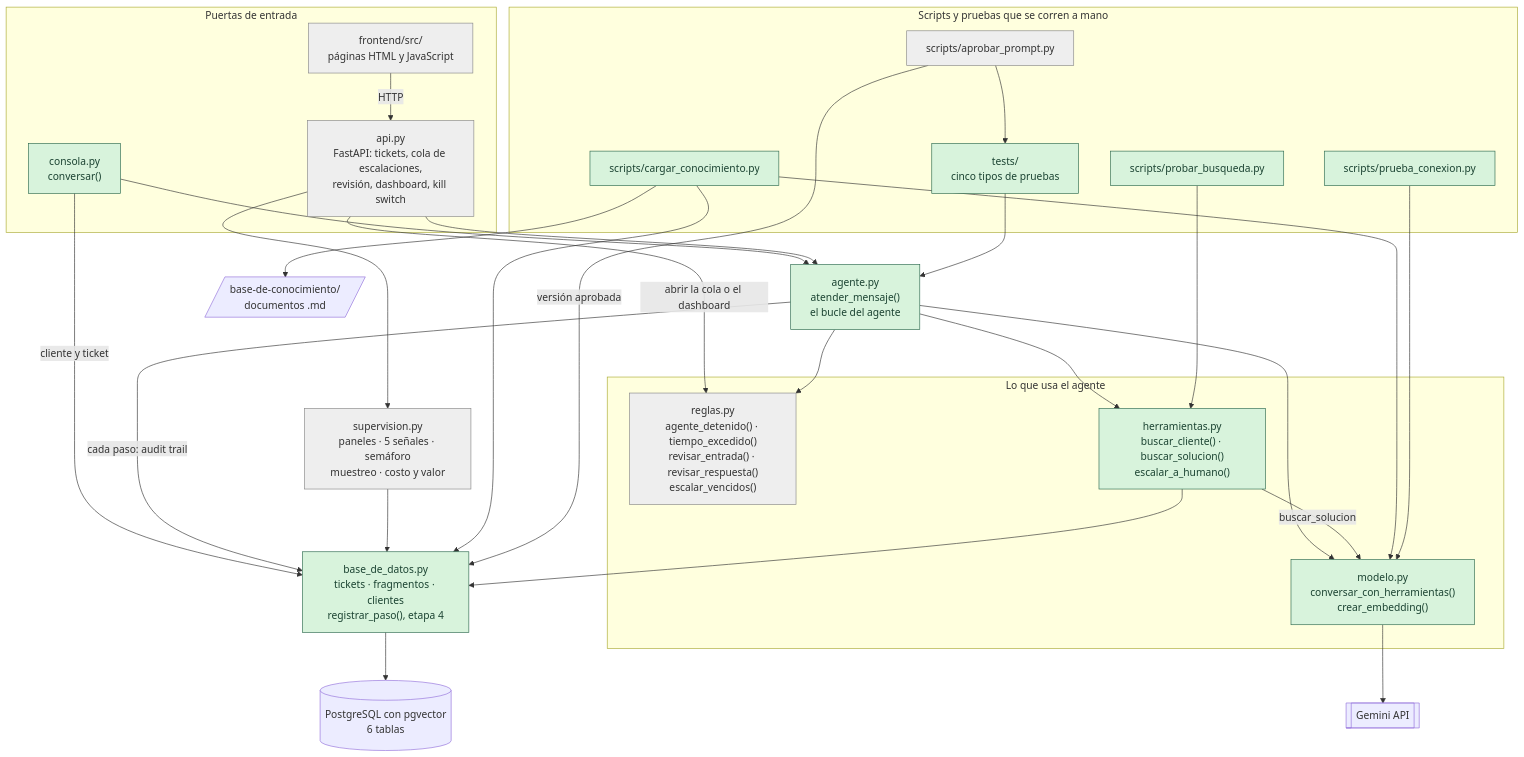
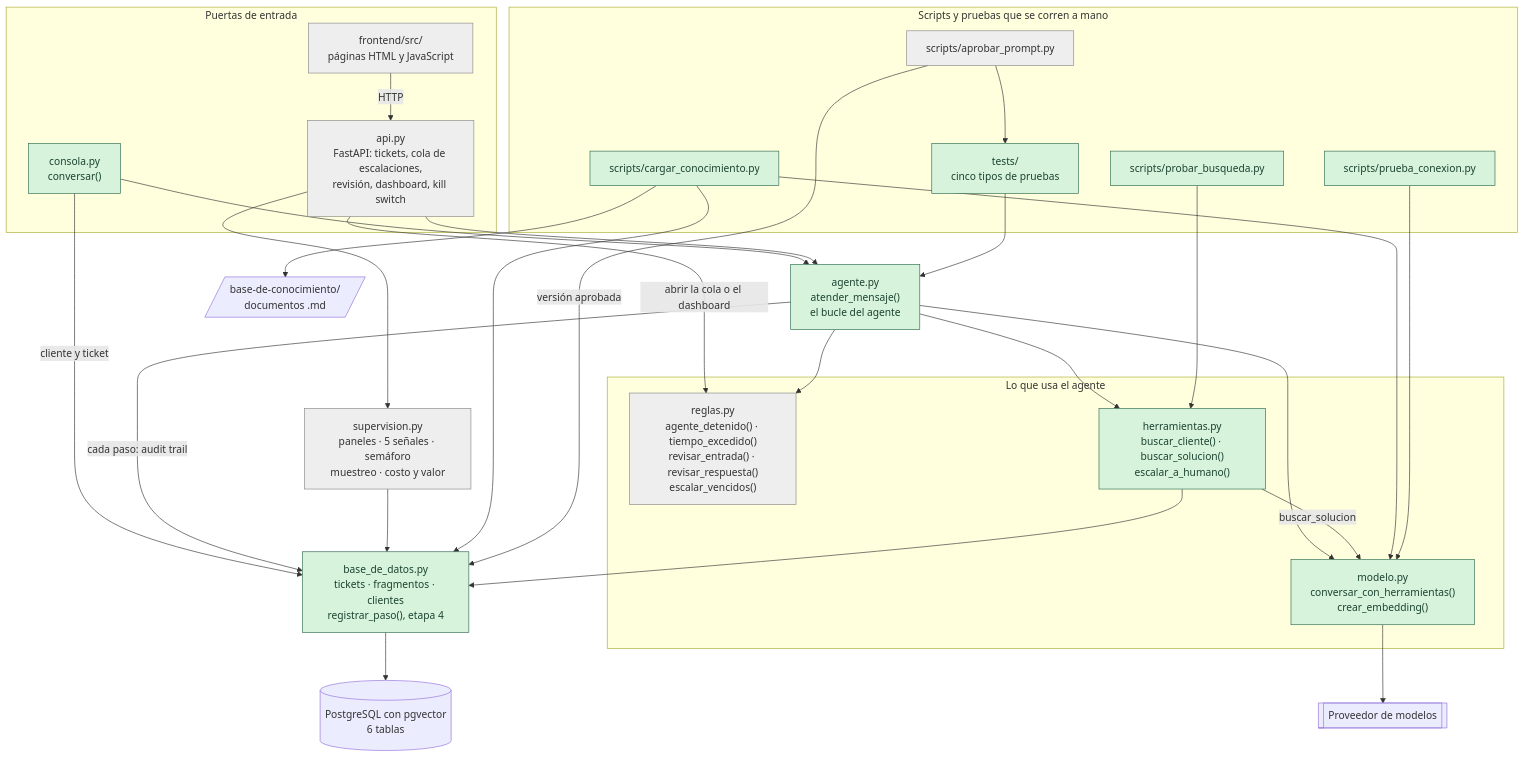
The third of 5 diagrams in estudio/proyecto-agente/agente-soporte-n1/docs/diagramas-del-codigo.md (edgardo001/ai-agent-manager-estudio-aiam-certiprof-studio), drawn with Mermaid before and after one commit. The commit also changed other lines of this file and 15 other files, not shown here.

````diff
--- a/estudio/proyecto-agente/agente-soporte-n1/docs/diagramas-del-codigo.md
+++ b/estudio/proyecto-agente/agente-soporte-n1/docs/diagramas-del-codigo.md
@@ -134,60 +134,60 @@
 ```mermaid
 flowchart TD
     subgraph ENTRADAS["Puertas de entrada"]
         CON["consola.py<br/>conversar()"]
         API["api.py<br/>FastAPI: tickets, cola de escalaciones,<br/>revisión, dashboard, kill switch"]
         FRONT["frontend/src/<br/>páginas HTML y JavaScript"]
     end
 
     AGE["agente.py<br/>atender_mensaje()<br/>el bucle del agente"]
 
     subgraph PIEZAS["Lo que usa el agente"]
         REG["reglas.py<br/>agente_detenido() · tiempo_excedido()<br/>revisar_entrada() · revisar_respuesta()<br/>escalar_vencidos()"]
         HER["herramientas.py<br/>buscar_cliente() · buscar_solucion()<br/>escalar_a_humano()"]
         MOD["modelo.py<br/>conversar_con_herramientas()<br/>crear_embedding()"]
     end
 
     SUP["supervision.py<br/>paneles · 5 señales · semáforo<br/>muestreo · costo y valor"]
     BD["base_de_datos.py<br/>tickets · fragmentos · clientes<br/>registrar_paso(), etapa 4"]
 
     subgraph TAREAS["Scripts y pruebas que se corren a mano"]
         CAR["scripts/cargar_conocimiento.py"]
         APR["scripts/aprobar_prompt.py"]
         TST["tests/<br/>cinco tipos de pruebas"]
         PRU["scripts/prueba_conexion.py"]
         PBU["scripts/probar_busqueda.py"]
     end
 
     PG[("PostgreSQL con pgvector<br/>6 tablas")]
     DOCS[/"base-de-conocimiento/<br/>documentos .md"/]
-    GEM[["Gemini API"]]
+    GEM[["Proveedor de modelos"]]
 
     FRONT -->|HTTP| API
     CON --> AGE
     CON -->|cliente y ticket| BD
     API --> AGE
     API -->|abrir la cola o el dashboard| REG
     API --> SUP
     AGE --> REG
     AGE --> HER
     AGE --> MOD
     AGE -->|cada paso: audit trail| BD
     HER --> BD
     HER -->|buscar_solucion| MOD
     SUP --> BD
     CAR --> DOCS
     CAR --> MOD
     CAR --> BD
     APR --> TST
     APR -->|versión aprobada| BD
     PRU --> MOD
     PBU --> HER
     TST --> AGE
     MOD --> GEM
     BD --> PG
 
     classDef existe fill:#d8f3dc,stroke:#2d6a4f,color:#1b4332
     classDef previsto fill:#eeeeee,stroke:#888888,color:#333333
     class CON,AGE,HER,MOD,PRU,BD,CAR,PBU,TST existe
     class API,FRONT,REG,SUP,APR previsto
 ```
````
